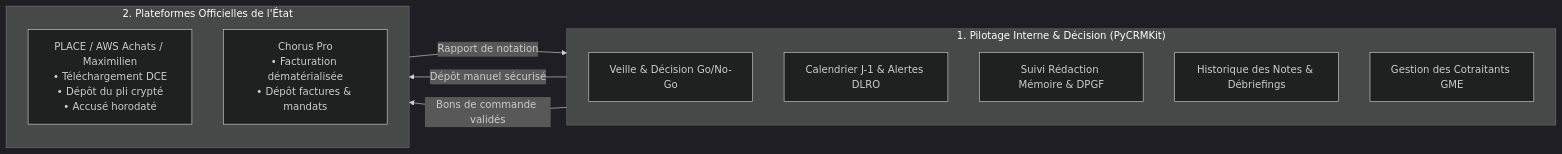
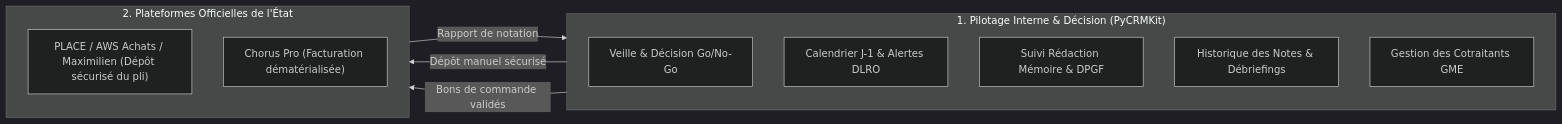
Before and after one commit to tawounfouet/pycrmkit: the third of 3 diagrams in docs/analysis/public-tenders-and-rfp-bid-management.md, drawn with Mermaid (dark theme). The commit also changed other lines of this file and 33 other files, not shown here.

Commit message:
fix(docs): standardize relative markdown links, fix mermaid syntax and add ascii schemas

````diff
--- a/docs/analysis/public-tenders-and-rfp-bid-management.md
+++ b/docs/analysis/public-tenders-and-rfp-bid-management.md
@@ -236,21 +236,21 @@
 ```mermaid
 flowchart LR
     subgraph Interne ["1. Pilotage Interne & Décision (PyCRMKit)"]
         direction TB
-        A[Veille & Décision Go/No-Go]
-        B[Calendrier J-1 & Alertes DLRO]
-        C[Suivi Rédaction Mémoire & DPGF]
-        D[Historique des Notes & Débriefings]
-        E[Gestion des Cotraitants GME]
+        A["Veille & Décision Go/No-Go"]
+        B["Calendrier J-1 & Alertes DLRO"]
+        C["Suivi Rédaction Mémoire & DPGF"]
+        D["Historique des Notes & Débriefings"]
+        E["Gestion des Cotraitants GME"]
     end
 
     subgraph Legal ["2. Plateformes Officielles de l'État"]
         direction TB
-        F[PLACE / AWS Achats / Maximilien<br/>• Téléchargement DCE<br/>• Dépôt du pli crypté<br/>• Accusé horodaté]
-        G[Chorus Pro<br/>• Facturation dématérialisée<br/>• Dépôt factures & mandats]
+        F["PLACE / AWS Achats / Maximilien (Dépôt sécurisé du pli)"]
+        G["Chorus Pro (Facturation dématérialisée)"]
     end
 
-    Interne -->|Dépôt manuel sécurisé| F
-    F -->|Rapport de notation| Interne
-    Interne -->|Bons de commande validés| G
+    Interne -->|"Dépôt manuel sécurisé"| F
+    F -->|"Rapport de notation"| Interne
+    Interne -->|"Bons de commande validés"| G
 ```
````
